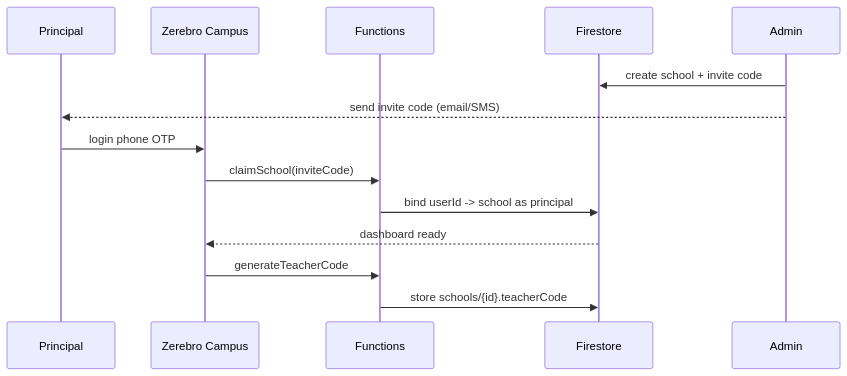
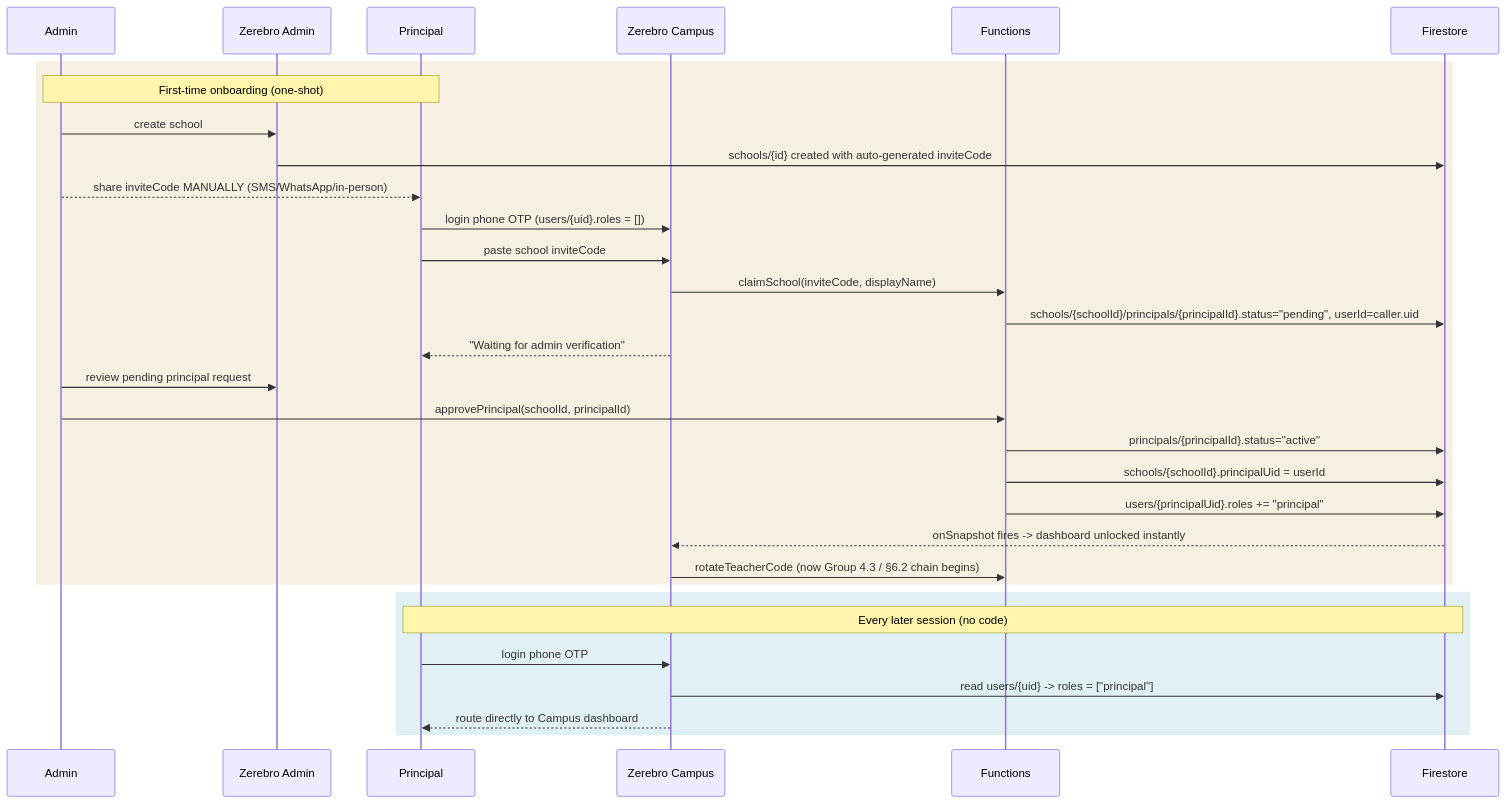
The third of 11 diagrams in docs/EDUCATION_AI_TECH_SPEC.md (ZerebroKid/kidsafe-school), drawn with Mermaid before and after one commit. The commit also changed other lines of this file and 2 other files, not shown here.

````diff
--- a/docs/EDUCATION_AI_TECH_SPEC.md
+++ b/docs/EDUCATION_AI_TECH_SPEC.md
@@ -351,17 +360,35 @@
 ```mermaid
 sequenceDiagram
+  participant A as Admin
+  participant AW as Zerebro Admin
   participant P as Principal
   participant W as Zerebro Campus
   participant FN as Functions
   participant FS as Firestore
-  participant A as Admin
 
-  A->>FS: create school + invite code
-  A-->>P: send invite code (email/SMS)
-  P->>W: login phone OTP
-  W->>FN: claimSchool(inviteCode)
-  FN->>FS: bind userId -> school as principal
-  FS-->>W: dashboard ready
-  W->>FN: generateTeacherCode
-  FN->>FS: store schools/{id}.teacherCode
+  rect rgb(245, 240, 225)
+    Note over A,P: First-time onboarding (one-shot)
+    A->>AW: create school
+    AW->>FS: schools/{id} created with auto-generated inviteCode
+    A-->>P: share inviteCode MANUALLY (SMS/WhatsApp/in-person)
+    P->>W: login phone OTP (users/{uid}.roles = [])
+    P->>W: paste school inviteCode
+    W->>FN: claimSchool(inviteCode, displayName)
+    FN->>FS: schools/{schoolId}/principals/{principalId}.status="pending", userId=caller.uid
+    W-->>P: "Waiting for admin verification"
+    A->>AW: review pending principal request
+    A->>FN: approvePrincipal(schoolId, principalId)
+    FN->>FS: principals/{principalId}.status="active"
+    FN->>FS: schools/{schoolId}.principalUid = userId
+    FN->>FS: users/{principalUid}.roles += "principal"
+    FS-->>W: onSnapshot fires -> dashboard unlocked instantly
+    W->>FN: rotateTeacherCode (now Group 4.3 / §6.2 chain begins)
+  end
+
+  rect rgb(225, 240, 245)
+    Note over P,FS: Every later session (no code)
+    P->>W: login phone OTP
+    W->>FS: read users/{uid} -> roles = ["principal"]
+    W-->>P: route directly to Campus dashboard
+  end
 ```
````
